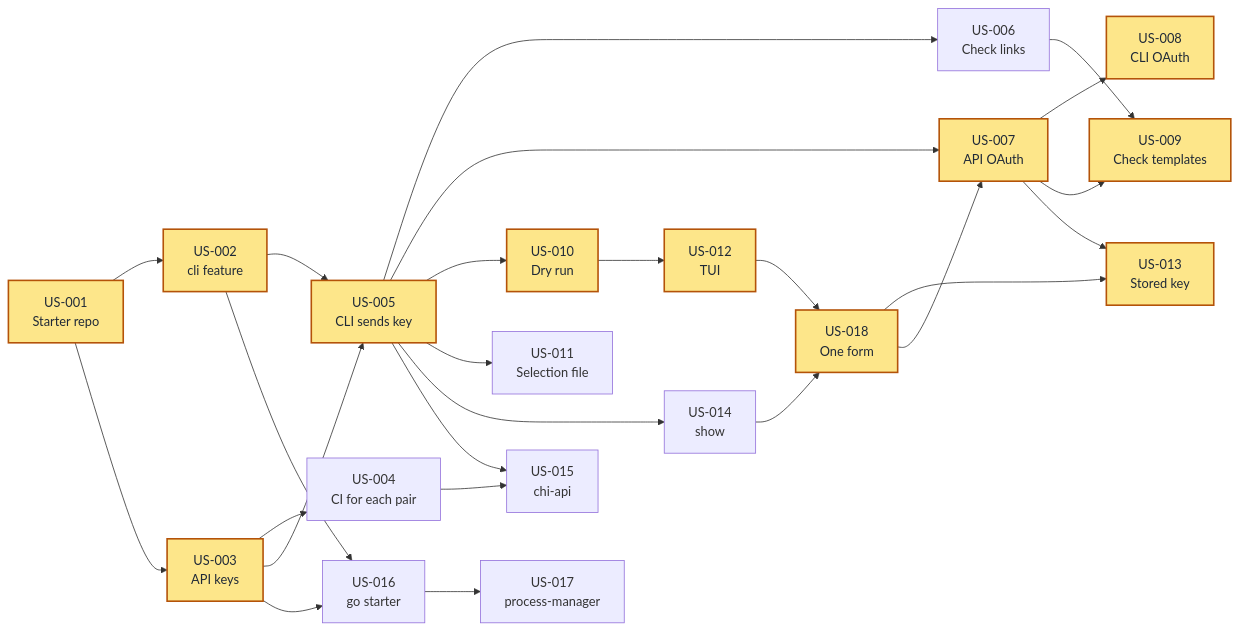
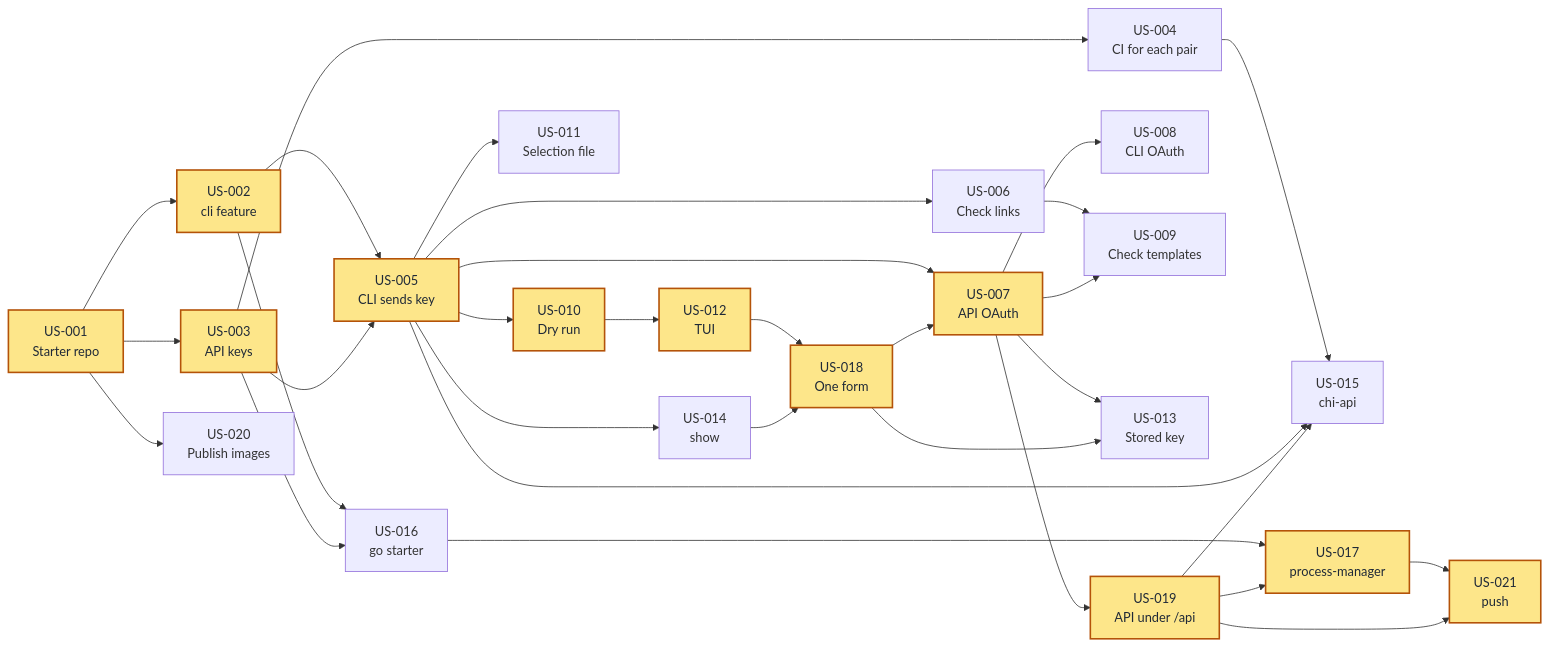
The diagram in user-stories/feature-compose.md (hpcsc/feature-compose), drawn with Mermaid before and after one commit. The commit also changed other lines of this file, not shown here.

First line of the commit message:
Add stories for web apps, images, and push

````diff
--- a/user-stories/feature-compose.md
+++ b/user-stories/feature-compose.md
@@ -32,49 +32,58 @@
 ```mermaid
 flowchart LR
     A["US-001<br/>Starter repo"]
     B["US-002<br/>cli feature"]
     C["US-003<br/>API keys"]
     D["US-004<br/>CI for each pair"]
     E["US-005<br/>CLI sends key"]
     F["US-006<br/>Check links"]
     G["US-007<br/>API OAuth"]
     H["US-008<br/>CLI OAuth"]
     I["US-009<br/>Check templates"]
     J["US-010<br/>Dry run"]
     K["US-011<br/>Selection file"]
     L["US-012<br/>TUI"]
     M["US-013<br/>Stored key"]
     N["US-014<br/>show"]
     O["US-015<br/>chi-api"]
     P["US-016<br/>go starter"]
     Q["US-017<br/>process-manager"]
     R["US-018<br/>One form"]
+    S["US-019<br/>API under /api"]
+    T["US-020<br/>Publish images"]
+    U["US-021<br/>push"]
 
     A --> B
     A --> C
     C --> D
     B --> E
     C --> E
     E --> F
     E --> G
     G --> H
     F --> I
     G --> I
     E --> J
     E --> K
     J --> L
     G --> M
     R --> M
     E --> N
     D --> O
     E --> O
     B --> P
     C --> P
     P --> Q
     L --> R
     N --> R
     R --> G
+    G --> S
+    A --> T
+    S --> O
+    S --> Q
+    Q --> U
+    S --> U
 
     classDef critical fill:#fde68a,stroke:#b45309,stroke-width:2px,color:#1f2937
-    class A,B,C,E,J,L,R,G,H,I,M critical
+    class A,B,C,E,J,L,R,G,S,Q,U critical
 ```
````
